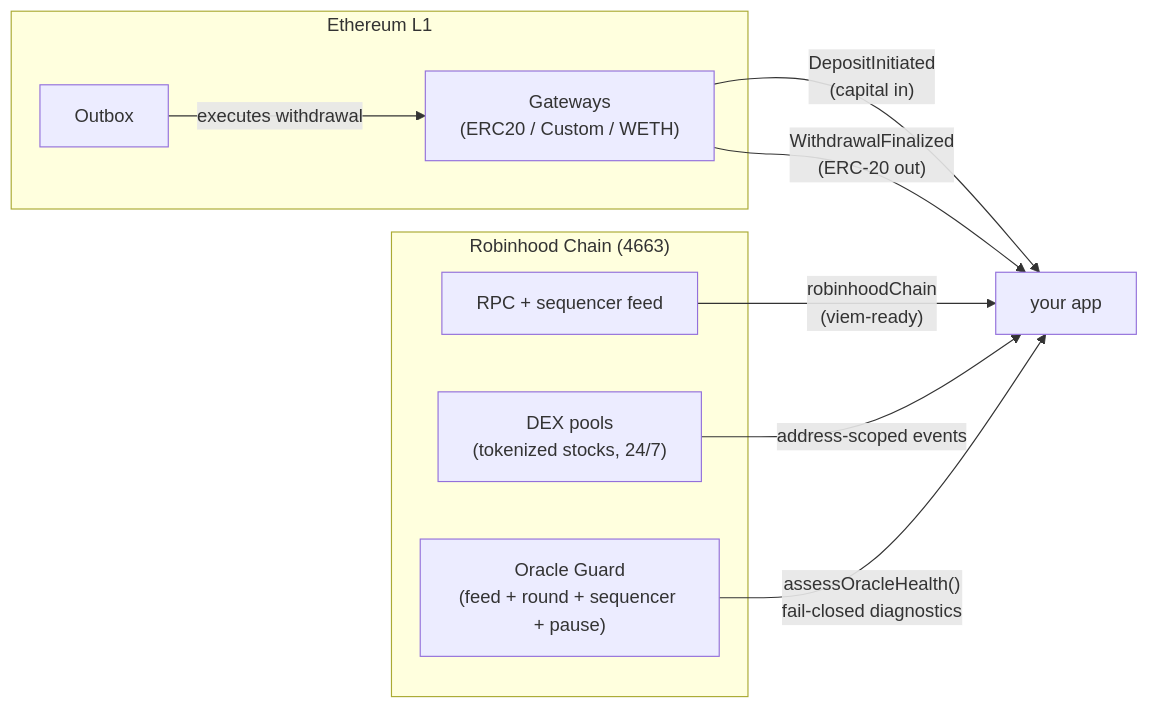
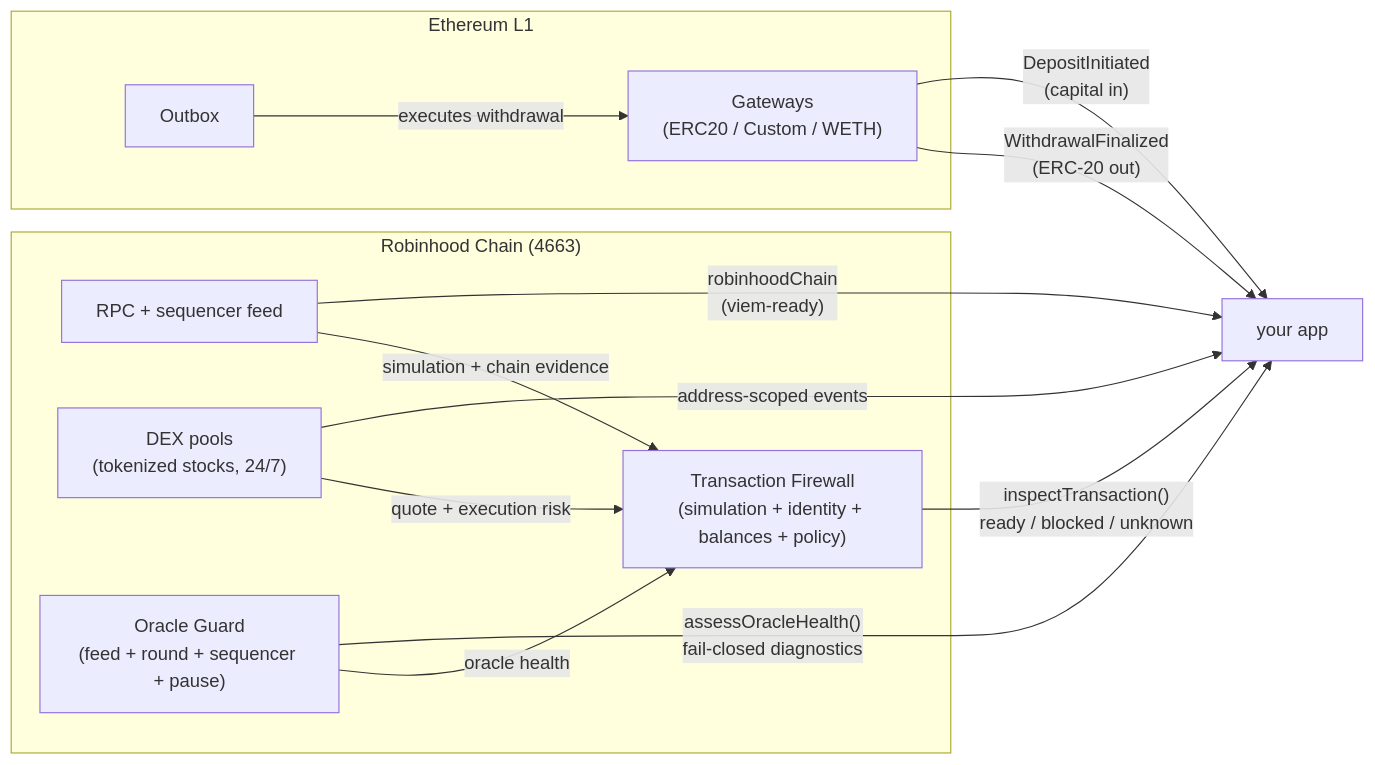
The diagram in assets/architecture.mmd (mkrz-x/robinhood-chain-kit), drawn with Mermaid before and after one commit. The commit also changed 17 other files, not shown here.

```diff
--- a/assets/architecture.mmd
+++ b/assets/architecture.mmd
@@ -1,17 +1,22 @@
 flowchart LR
   subgraph L1["Ethereum L1"]
     GW["Gateways\n(ERC20 / Custom / WETH)"]
     OB["Outbox"]
   end
   subgraph L2["Robinhood Chain (4663)"]
     RPC["RPC + sequencer feed"]
     DEX["DEX pools\n(tokenized stocks, 24/7)"]
     ORACLE["Oracle Guard\n(feed + round + sequencer + pause)"]
+    FIREWALL["Transaction Firewall\n(simulation + identity + balances + policy)"]
   end
   APP["your app"]
   GW -- "DepositInitiated\n(capital in)" --> APP
   OB -- "executes withdrawal" --> GW
   GW -- "WithdrawalFinalized\n(ERC-20 out)" --> APP
   RPC -- "robinhoodChain\n(viem-ready)" --> APP
   DEX -- "address-scoped events" --> APP
   ORACLE -- "assessOracleHealth()\nfail-closed diagnostics" --> APP
+  RPC -- "simulation + chain evidence" --> FIREWALL
+  DEX -- "quote + execution risk" --> FIREWALL
+  ORACLE -- "oracle health" --> FIREWALL
+  FIREWALL -- "inspectTransaction()\nready / blocked / unknown" --> APP
```
